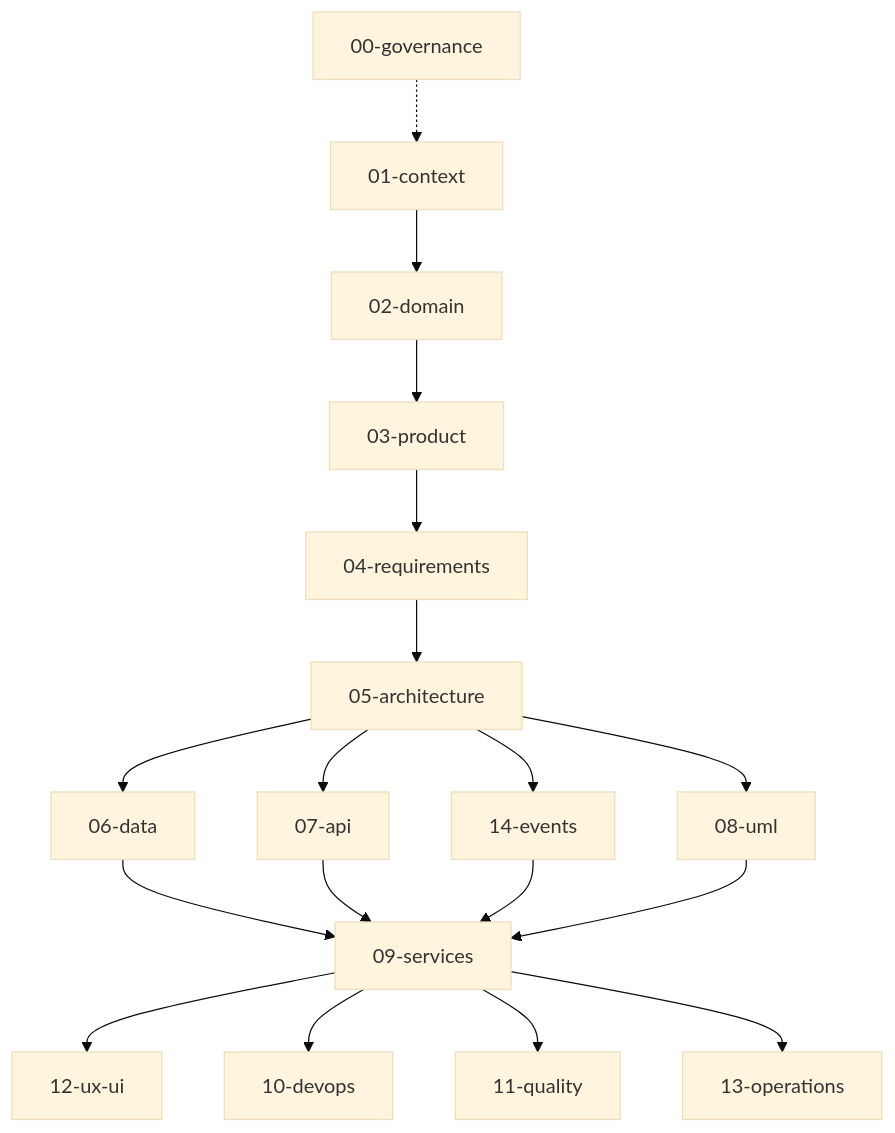
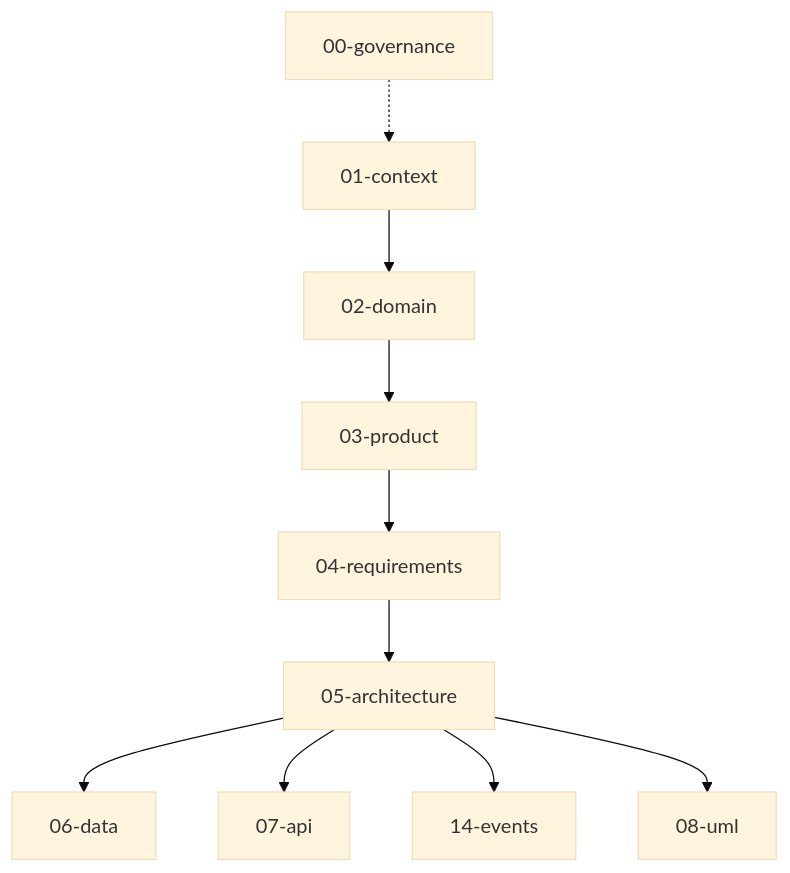
The diagram in README.md (daniel2004-lsd/worksphere-docs), drawn with Mermaid (base theme) before and after one commit. The commit also changed other lines of this file and 22 other files, not shown here.

Commit message:
docs(all): complete english enterprise architecture, security policy, non-functional requirements and EcoRuteandoDb liquibase governance (#4)

````diff
--- a/README.md
+++ b/README.md
@@ -31,18 +37,10 @@
 ```mermaid
 flowchart TD
     GV["00-governance"] -.-> CX["01-context"]
     CX --> DM["02-domain"] --> PR["03-product"] --> RQ["04-requirements"]
     RQ --> AR["05-architecture"]
     AR --> DA["06-data"]
     AR --> AP["07-api"]
     AR --> EV["14-events"]
     AR --> UM["08-uml"]
-    DA --> SV["09-services"]
-    AP --> SV
-    EV --> SV
-    UM --> SV
-    SV --> UX["12-ux-ui"]
-    SV --> DO["10-devops"]
-    SV --> QA["11-quality"]
-    SV --> OP["13-operations"]
 ```
````
